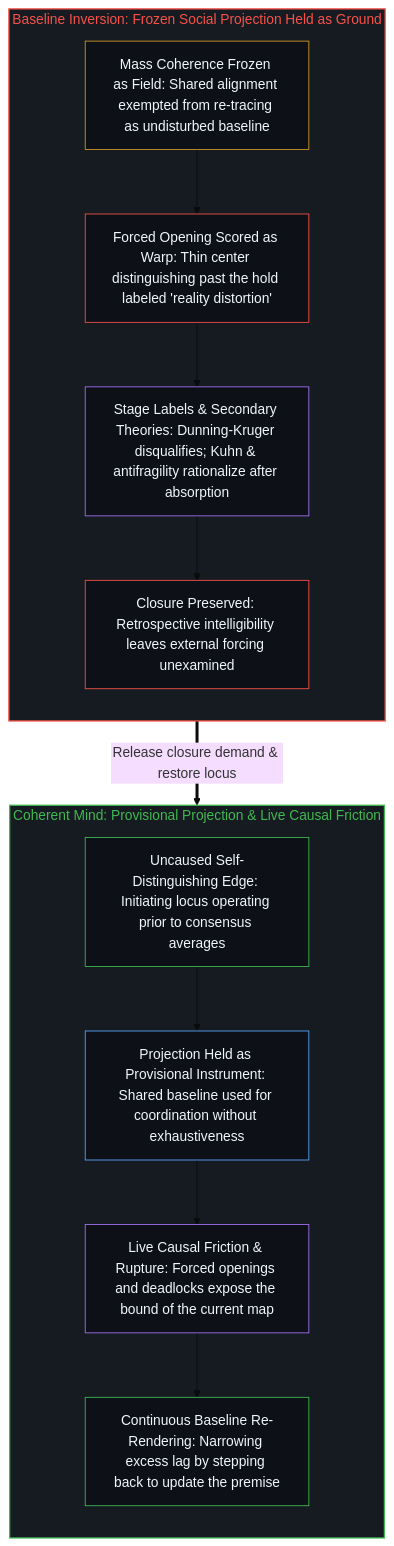
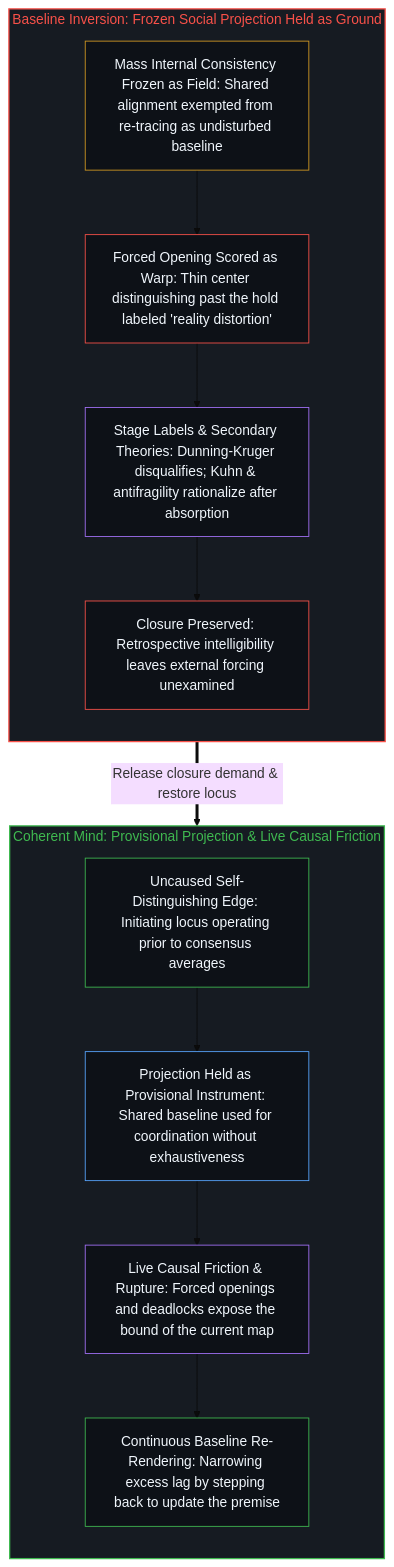
The second of 2 diagrams in content/posts/the-reality-distortion-field-inverts-the-baseline.md (powerpig99/not-a-toe), drawn with Mermaid (base theme) before and after one commit. The commit also changed other lines of this file and 1 other file, not shown here.

First line of the commit message:
Sleep L2 (the-reversal-of-verification): the-reality-distortion-field-inverts-the-baseline

````diff
--- a/content/posts/the-reality-distortion-field-inverts-the-baseline.md
+++ b/content/posts/the-reality-distortion-field-inverts-the-baseline.md
@@ -131,33 +128,30 @@
 ```mermaid
 flowchart TD
     subgraph S_Inversion["Baseline Inversion: Frozen Social Projection Held as Ground"]
         direction TB
-        I_Freeze["Mass Coherence Frozen as Field: Shared alignment exempted from re-tracing as undisturbed baseline"]
+        I_Freeze["Mass Internal Consistency Frozen as Field: Shared alignment exempted from re-tracing as undisturbed baseline"]
         I_Score["Forced Opening Scored as Warp: Thin center distinguishing past the hold labeled 'reality distortion'"]
         I_Overlay["Stage Labels & Secondary Theories: Dunning-Kruger disqualifies; Kuhn & antifragility rationalize after absorption"]
         I_Close["Closure Preserved: Retrospective intelligibility leaves external forcing unexamined"]
         I_Freeze --> I_Score --> I_Overlay --> I_Close
     end
-
     subgraph S_Coherent["Coherent Mind: Provisional Projection & Live Causal Friction"]
         direction TB
         C_Edge["Uncaused Self-Distinguishing Edge: Initiating locus operating prior to consensus averages"]
         C_Hold["Projection Held as Provisional Instrument: Shared baseline used for coordination without exhaustiveness"]
         C_Friction["Live Causal Friction & Rupture: Forced openings and deadlocks expose the bound of the current map"]
         C_Update["Continuous Baseline Re-Rendering: Narrowing excess lag by stepping back to update the premise"]
         C_Edge --> C_Hold --> C_Friction --> C_Update
     end
-
     I_Close ==>|"Release closure demand & restore locus"| C_Edge
-
     style S_Inversion fill:#161b22,stroke:#f85149,stroke-width:1.5px,color:#f85149
     style S_Coherent fill:#161b22,stroke:#3fb950,stroke-width:1.5px,color:#3fb950
     style I_Freeze fill:#0d1117,stroke:#d29922,stroke-width:1px,color:#f0f6fc
     style I_Score fill:#0d1117,stroke:#f85149,stroke-width:1px,color:#f0f6fc
     style I_Overlay fill:#0d1117,stroke:#a371f7,stroke-width:1px,color:#f0f6fc
     style I_Close fill:#0d1117,stroke:#f85149,stroke-width:1px,color:#f0f6fc
     style C_Edge fill:#0d1117,stroke:#3fb950,stroke-width:1px,color:#f0f6fc
     style C_Hold fill:#0d1117,stroke:#58a6ff,stroke-width:1px,color:#f0f6fc
     style C_Friction fill:#0d1117,stroke:#a371f7,stroke-width:1px,color:#f0f6fc
     style C_Update fill:#0d1117,stroke:#3fb950,stroke-width:1px,color:#f0f6fc
 ```
````
